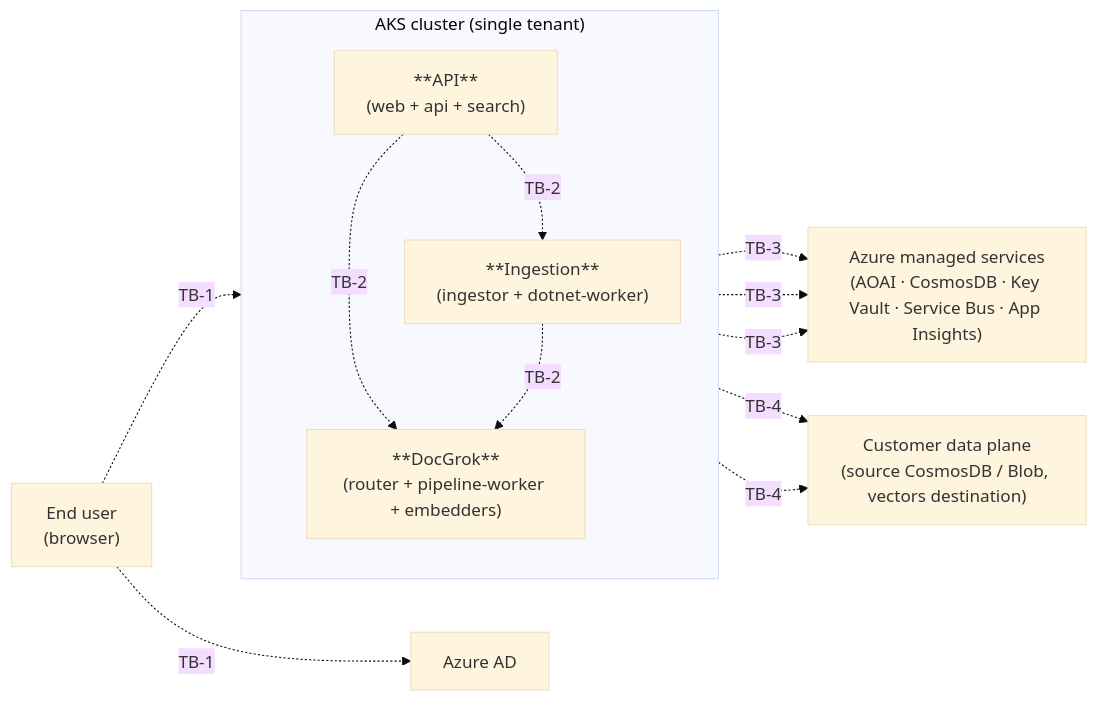
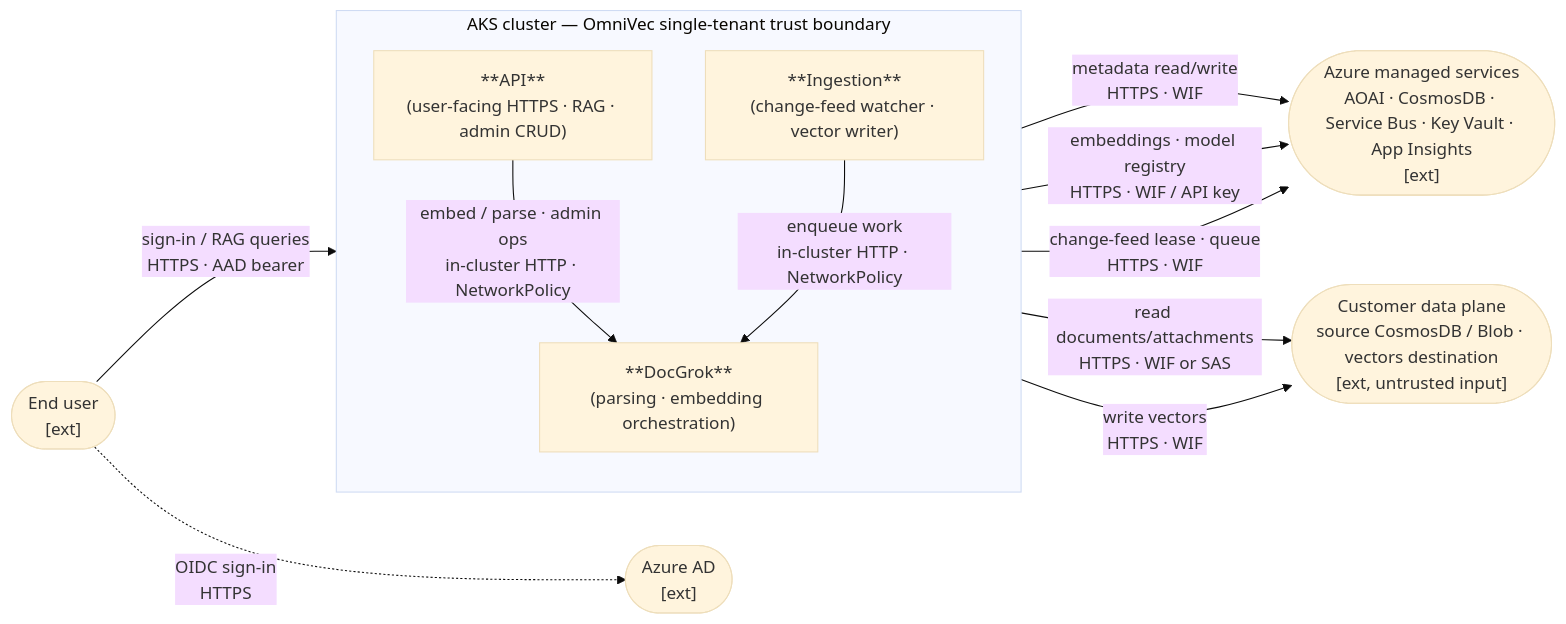
The first of 5 diagrams in docs/security/threat-model.md (AzureCosmosDB/OmniVec), drawn with Mermaid (base theme) before and after one commit. The commit also changed other lines of this file and 2 other files, not shown here.

First line of the commit message:
security(threat-model): apply reviewer (Curzi) feedback

````diff
--- a/docs/security/threat-model.md
+++ b/docs/security/threat-model.md
@@ -38,26 +71,25 @@
 ```mermaid
 flowchart LR
-  user["End user<br/>(browser)"]
-  aad["Azure AD"]
+  user(["End user<br/>[ext]"])
+  aad(["Azure AD<br/>[ext]"])
 
-  subgraph cluster["AKS cluster (single tenant)"]
+  subgraph cluster["AKS cluster — OmniVec single-tenant trust boundary"]
     direction TB
-    api["**API**<br/>(web + api + search)"]
-    docgrok["**DocGrok**<br/>(router + pipeline-worker + embedders)"]
-    ingest["**Ingestion**<br/>(ingestor + dotnet-worker)"]
+    api["**API**<br/>(user-facing HTTPS · RAG · admin CRUD)"]
+    docgrok["**DocGrok**<br/>(parsing · embedding orchestration)"]
+    ingest["**Ingestion**<br/>(change-feed watcher · vector writer)"]
   end
 
-  azure["Azure managed services<br/>(AOAI · CosmosDB · Key Vault · Service Bus · App Insights)"]
-  customer["Customer data plane<br/>(source CosmosDB / Blob, vectors destination)"]
+  azure(["Azure managed services<br/>AOAI · CosmosDB · Service Bus · Key Vault · App Insights<br/>[ext]"])
+  customer(["Customer data plane<br/>source CosmosDB / Blob · vectors destination<br/>[ext, untrusted input]"])
 
-  user -. TB-1 .-> api
-  user -. TB-1 .-> aad
-  api -. TB-2 .-> docgrok
-  api -. TB-2 .-> ingest
-  ingest -. TB-2 .-> docgrok
-  api -. TB-3 .-> azure
-  docgrok -. TB-3 .-> azure
-  ingest -. TB-3 .-> azure
-  ingest -. TB-4 .-> customer
-  docgrok -. TB-4 .-> customer
+  user -->|sign-in / RAG queries<br/>HTTPS · AAD bearer| api
+  user -.->|OIDC sign-in<br/>HTTPS| aad
+  api -->|embed / parse · admin ops<br/>in-cluster HTTP · NetworkPolicy| docgrok
+  ingest -->|enqueue work<br/>in-cluster HTTP · NetworkPolicy| docgrok
+  api -->|metadata read/write<br/>HTTPS · WIF| azure
+  docgrok -->|embeddings · model registry<br/>HTTPS · WIF / API key| azure
+  ingest -->|change-feed lease · queue<br/>HTTPS · WIF| azure
+  ingest -->|read documents/attachments<br/>HTTPS · WIF or SAS| customer
+  ingest -->|write vectors<br/>HTTPS · WIF| customer
 ```
````
